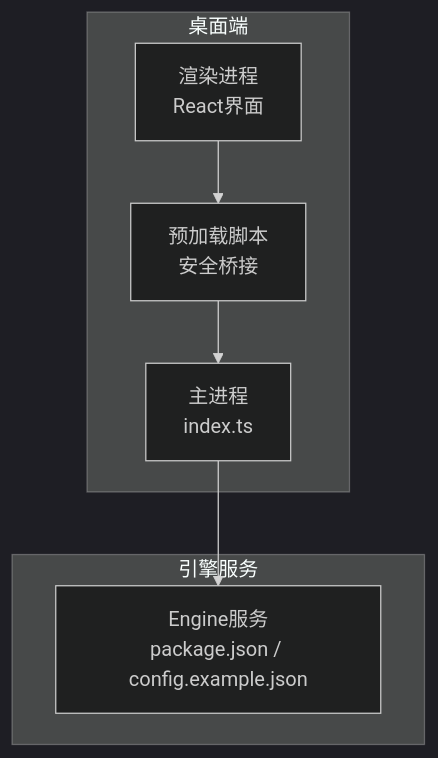
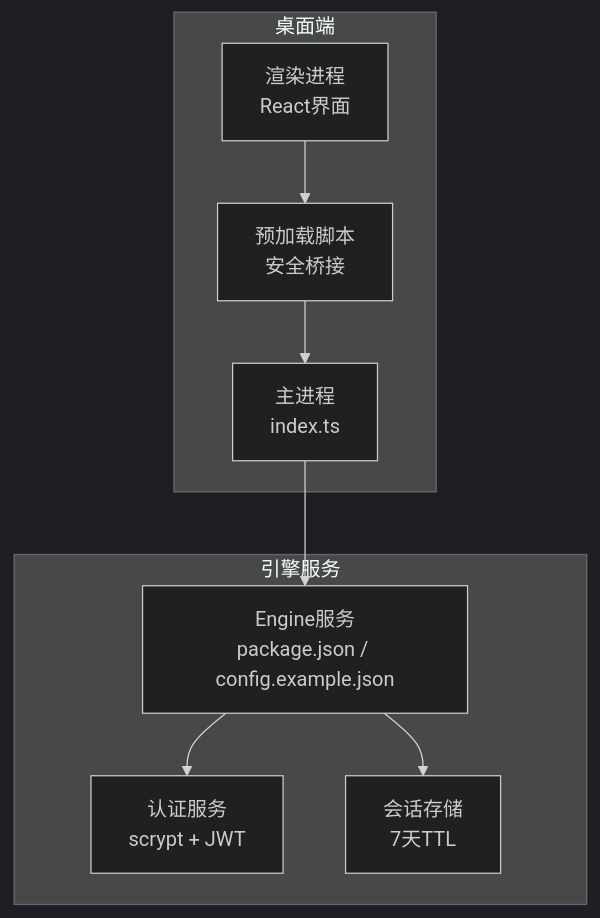
The first of 7 diagrams in .qoder/repowiki/zh/content/适配器层/网络适配器/网络安全机制/身份认证机制.md (kkutysllb/KCoder), drawn with Mermaid (dark theme) before and after one commit. The commit also changed other lines of this file and 141 other files, not shown here.

````diff
--- a/.qoder/repowiki/zh/content/适配器层/网络适配器/网络安全机制/身份认证机制.md
+++ b/.qoder/repowiki/zh/content/适配器层/网络适配器/网络安全机制/身份认证机制.md
@@ -34,12 +39,16 @@
 ```mermaid
 graph TB
 subgraph "桌面端"
 UI["渲染进程<br/>React界面"]
 Preload["预加载脚本<br/>安全桥接"]
 Main["主进程<br/>index.ts"]
 end
 subgraph "引擎服务"
 Engine["Engine服务<br/>package.json / config.example.json"]
+Auth["认证服务<br/>scrypt + JWT"]
+Session["会话存储<br/>7天TTL"]
 end
 UI --> Preload --> Main --> Engine
+Engine --> Auth
+Engine --> Session
 ```
````
